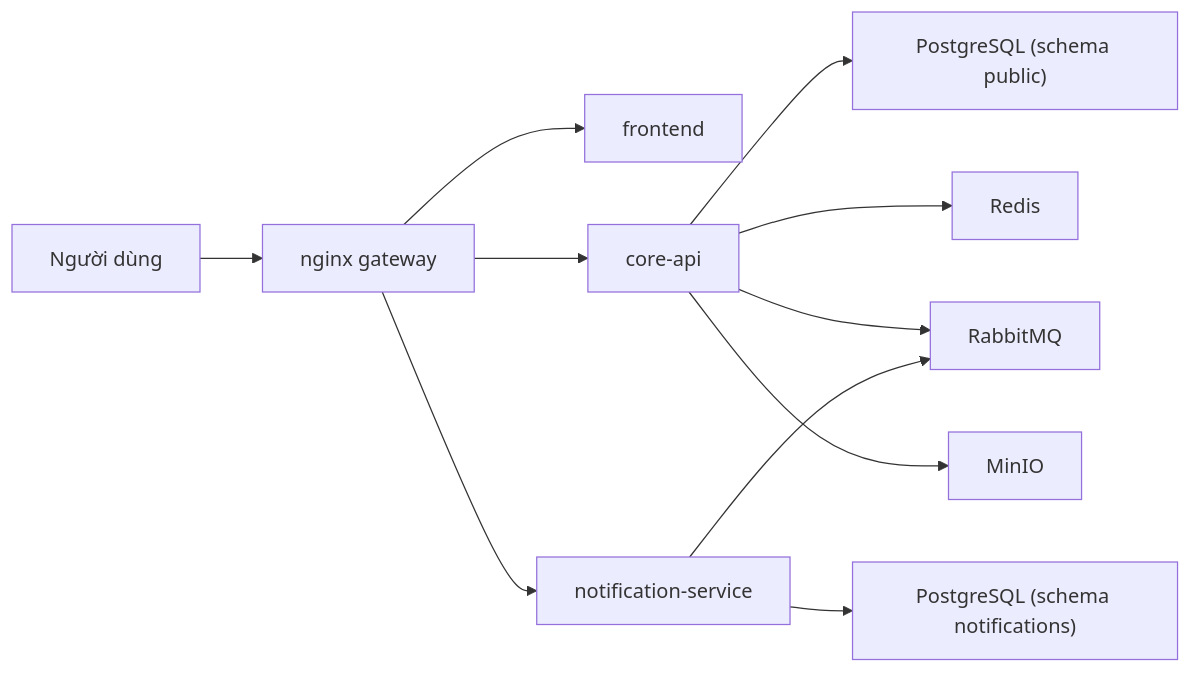
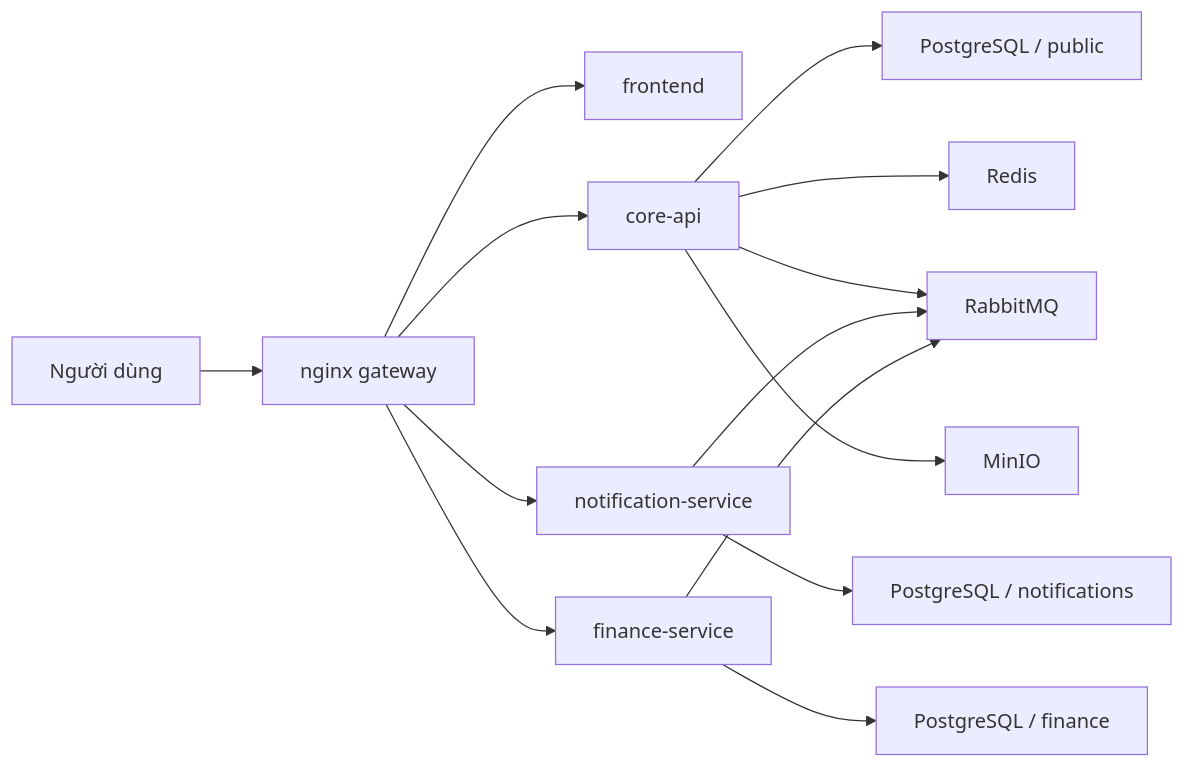
One commit to JasonTM17/CampusCore_FullStack_Individual changed the diagram in README.md. Above: the diagram before and after it, drawn with Mermaid. The commit also changed other lines of this file and 7 other files, not shown here.

Commit message:
docs(architecture): align readmes and operations guides for microservices v2

````diff
--- a/README.md
+++ b/README.md
@@ -25,13 +35,16 @@
 ```mermaid
 flowchart LR
   U["Người dùng"] --> N["nginx gateway"]
   N --> F["frontend"]
   N --> C["core-api"]
-  N --> S["notification-service"]
-  C --> P["PostgreSQL (schema public)"]
-  S --> PN["PostgreSQL (schema notifications)"]
+  N --> NS["notification-service"]
+  N --> FS["finance-service"]
+  C --> P1["PostgreSQL / public"]
+  NS --> P2["PostgreSQL / notifications"]
+  FS --> P3["PostgreSQL / finance"]
   C --> R["Redis"]
   C --> Q["RabbitMQ"]
-  S --> Q
+  NS --> Q
+  FS --> Q
   C --> M["MinIO"]
 ```
````
